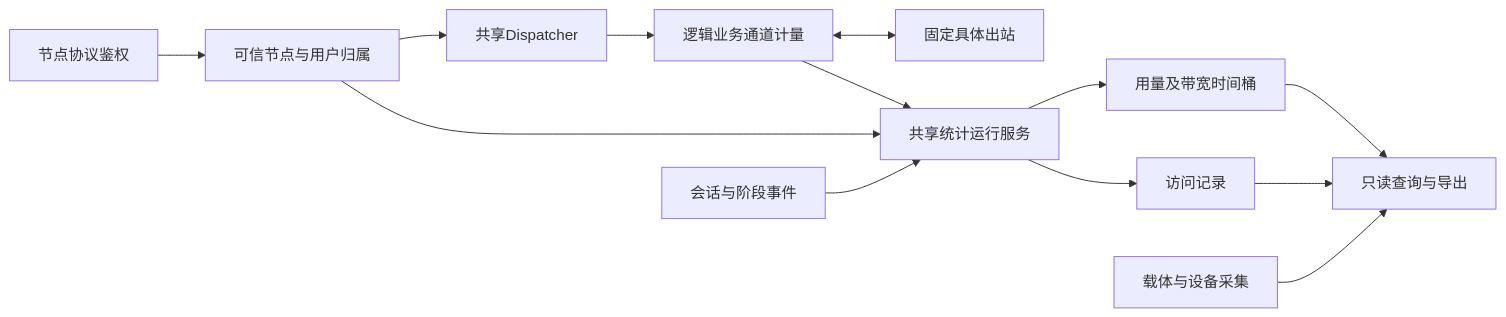
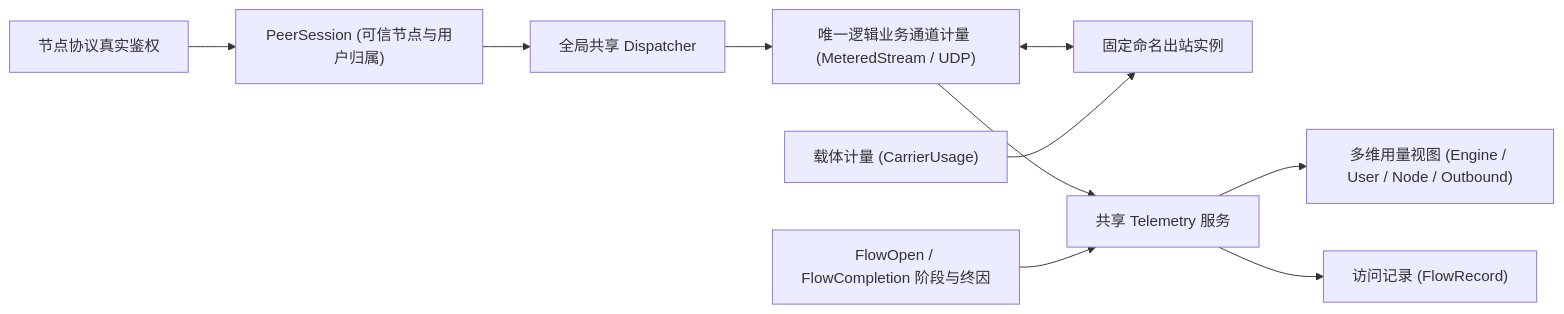
Before and after one commit to yuuuki-creation/kerlico: the diagram in docs/statistics-and-users.md, drawn with Mermaid. The commit also changed other lines of this file and 296 other files, not shown here.

````diff
--- a/docs/statistics-and-users.md
+++ b/docs/statistics-and-users.md
@@ -45,15 +33,12 @@
 ```mermaid
 flowchart LR
-    A[节点协议鉴权] --> B[可信节点与用户归属]
-    B --> D[共享Dispatcher]
-    D --> M[逻辑业务通道计量]
-    M <--> O[固定具体出站]
-    M --> T[共享统计运行服务]
-    B --> T
-    E[会话与阶段事件] --> T
-    T --> U[用量及带宽时间桶]
-    T --> L[访问记录]
-    U --> C[只读查询与导出]
-    L --> C
-    N[载体与设备采集] --> C
+    A["节点协议真实鉴权"] --> B["PeerSession (可信节点与用户归属)"]
+    B --> D["全局共享 Dispatcher"]
+    D --> M["唯一逻辑业务通道计量 (MeteredStream / UDP)"]
+    M <--> O["固定命名出站实例"]
+    M --> T["共享 Telemetry 服务"]
+    E["FlowOpen / FlowCompletion 阶段与终因"] --> T
+    T --> U["多维用量视图 (Engine / User / Node / Outbound)"]
+    T --> L["访问记录 (FlowRecord)"]
+    C["载体计量 (CarrierUsage)"] --> O
 ```
````
